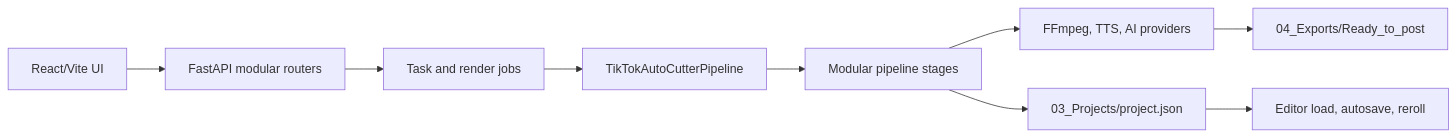
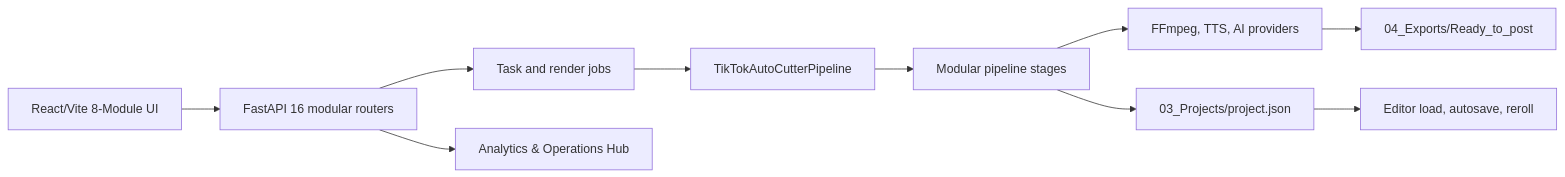
The diagram in ARCHITECTURE.md (nazirulhak000/Omnicut), drawn with Mermaid before and after one commit. The commit also changed other lines of this file and 2 other files, not shown here.

Commit message:
docs: sync ARCHITECTURE.md with reality and slim TODO.md into HISTORY.md

````diff
--- a/ARCHITECTURE.md
+++ b/ARCHITECTURE.md
@@ -7,11 +7,12 @@
 ```mermaid
 flowchart LR
-    UI[React/Vite UI] --> API[FastAPI modular routers]
+    UI[React/Vite 8-Module UI] --> API[FastAPI 16 modular routers]
     API --> JOB[Task and render jobs]
     JOB --> PIPE[TikTokAutoCutterPipeline]
     PIPE --> STAGES[Modular pipeline stages]
     STAGES --> MEDIA[FFmpeg, TTS, AI providers]
     STAGES --> MANIFEST[03_Projects/project.json]
     MEDIA --> EXPORT[04_Exports/Ready_to_post]
     MANIFEST --> EDITOR[Editor load, autosave, reroll]
+    API --> ANALYTICS[Analytics & Operations Hub]
 ```
````
